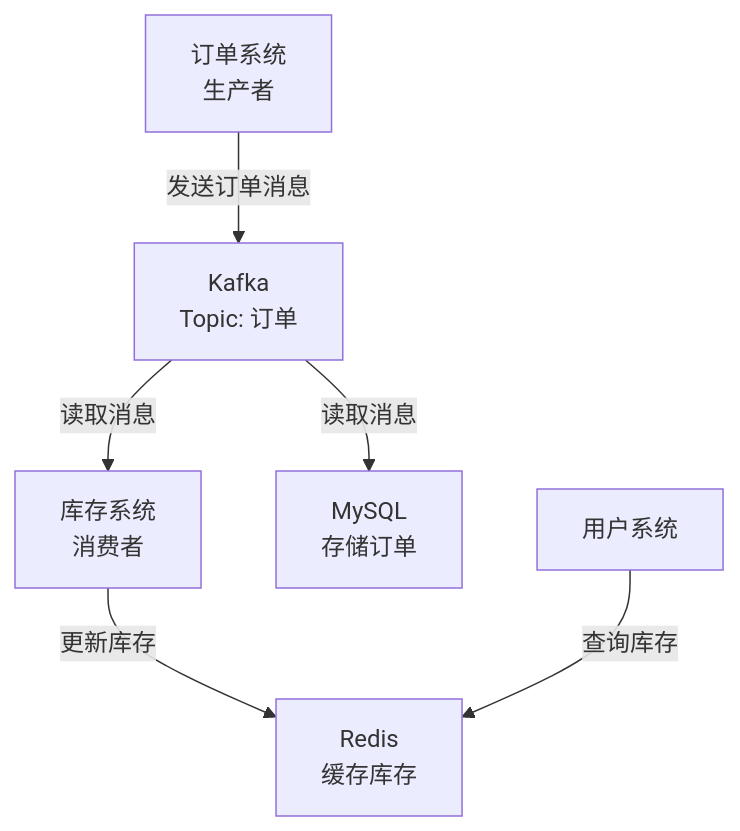
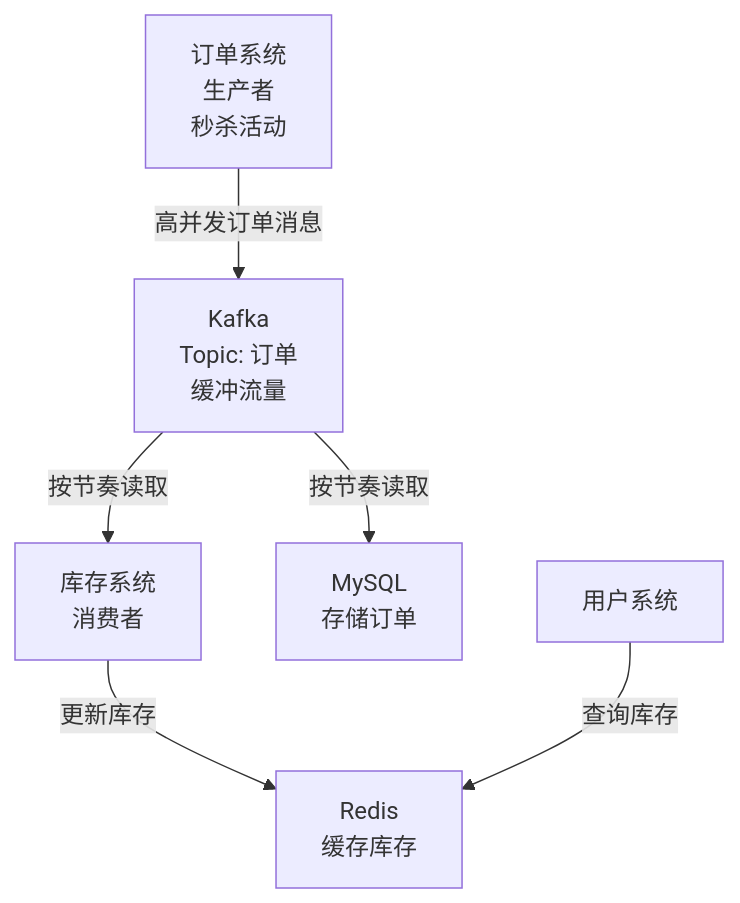
Before and after one commit to Tender-Liu/LinuxDevOps: the third of 3 diagrams in 缓存与消息队列/Kafka企业级实践：从单机优化到分布式架构.md, drawn with Mermaid. The commit also changed other lines of this file and 2 other files, not shown here.

Commit message:
add kafka docs

````diff
--- a/缓存与消息队列/Kafka企业级实践：从单机优化到分布式架构.md
+++ b/缓存与消息队列/Kafka企业级实践：从单机优化到分布式架构.md
@@ -160,8 +156,8 @@
   ```mermaid
   graph TD
-      OS[订单系统<br>生产者] -->|发送订单消息| K[Kafka<br>Topic: 订单]
-      K -->|读取消息| IS[库存系统<br>消费者]
-      K -->|读取消息| MS[MySQL<br>存储订单]
+      OS[订单系统<br>生产者<br>秒杀活动] -->|高并发订单消息| K[Kafka<br>Topic: 订单<br>缓冲流量]
+      K -->|按节奏读取| IS[库存系统<br>消费者]
+      K -->|按节奏读取| MS[MySQL<br>存储订单]
       IS -->|更新库存| R[Redis<br>缓存库存]
       US[用户系统] -->|查询库存| R
   ```
````
